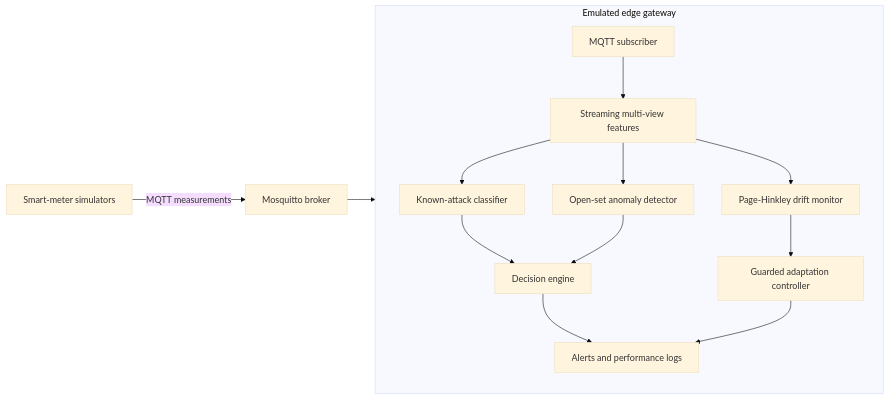
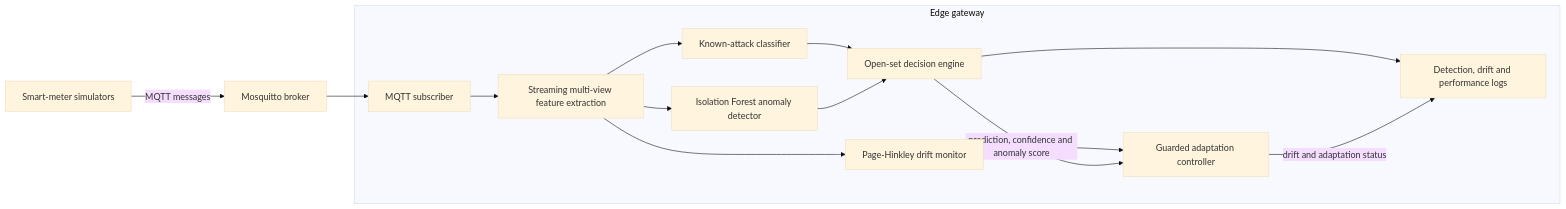
One commit to pengbo960/Smartgrid-fdi-edge changed the diagram in README.md. Above: the diagram before and after it, drawn with Mermaid (base theme).

````diff
--- a/README.md
+++ b/README.md
@@ -31,17 +31,31 @@
 ```mermaid
 flowchart LR
-    S["Smart-meter simulators"] -->|"MQTT measurements"| B["Mosquitto broker"]
-    B --> G["Emulated edge gateway"]
+    S["Smart-meter simulators"] -->|"MQTT messages"| B["Mosquitto broker"]
 
-    subgraph G["Emulated edge gateway"]
-        C["MQTT subscriber"] --> F["Streaming multi-view features"]
-        F --> K["Known-attack classifier"]
-        F --> O["Open-set anomaly detector"]
-        F --> D["Page-Hinkley drift monitor"]
-        K --> E["Decision engine"]
+    subgraph G["Edge gateway"]
+        C["MQTT subscriber"]
+        F["Streaming multi-view feature extraction"]
+        K["Known-attack classifier"]
+        O["Isolation Forest anomaly detector"]
+        E["Open-set decision engine"]
+        D["Page-Hinkley drift monitor"]
+        A["Guarded adaptation controller"]
+        L["Detection, drift and performance logs"]
+
+        C --> F
+        F --> K
+        F --> O
+        F --> D
+
+        K --> E
         O --> E
-        D --> A["Guarded adaptation controller"]
-        E --> L["Alerts and performance logs"]
-        A --> L
+
+        D --> A
+        E -->|"prediction, confidence and anomaly score"| A
+
+        E --> L
+        A -->|"drift and adaptation status"| L
     end
+
+    B --> C
 ```
````
